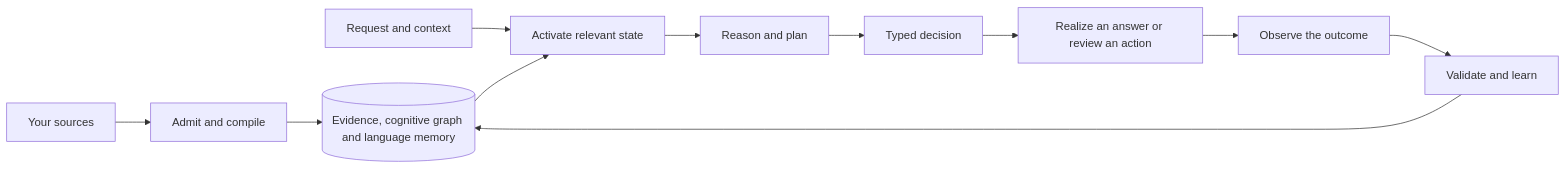
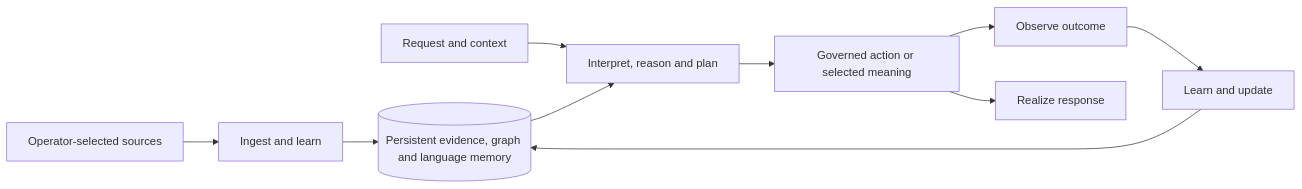
The diagram in README.md (rpwalsh/SCCE), drawn with Mermaid before and after one commit. The commit also changed other lines of this file and 133 other files, not shown here.

````diff
--- a/README.md
+++ b/README.md
@@ -5,13 +5,12 @@
 ```mermaid
 flowchart LR
-  S[Your sources] --> C[Admit and compile]
-  C --> B[(Evidence, cognitive graph and language memory)]
-  Q[Request and context] --> A[Activate relevant state]
-  B --> A
-  A --> P[Reason and plan]
-  P --> D[Typed decision]
-  D --> R[Realize an answer or review an action]
-  R --> O[Observe the outcome]
-  O --> L[Validate and learn]
-  L --> B
+  S[Operator-selected sources] --> I[Ingest and learn]
+  I --> P[(Persistent evidence, graph and language memory)]
+  Q[Request and context] --> R[Interpret, reason and plan]
+  P --> R
+  R --> A[Governed action or selected meaning]
+  A --> O[Observe outcome]
+  O --> L[Learn and update]
+  L --> P
+  A --> M[Realize response]
 ```
````
